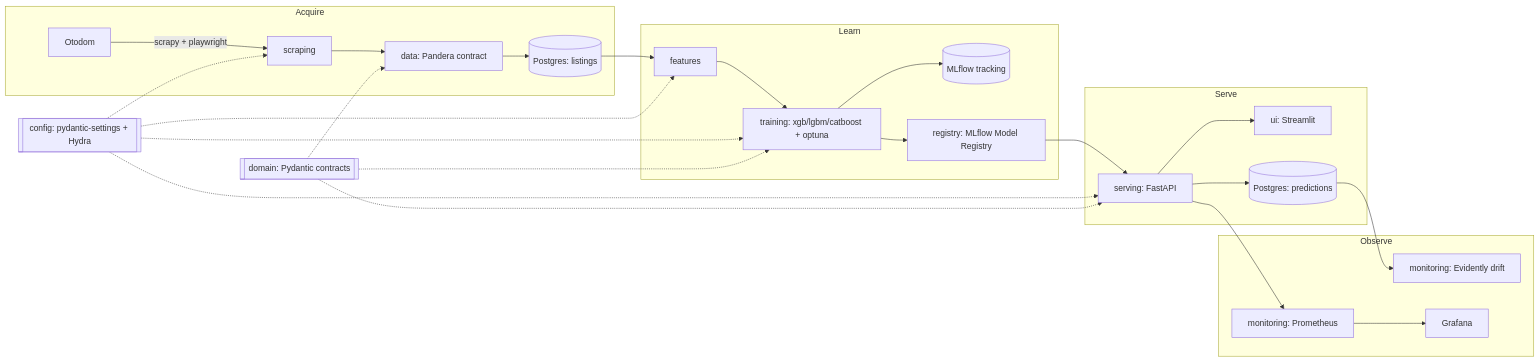
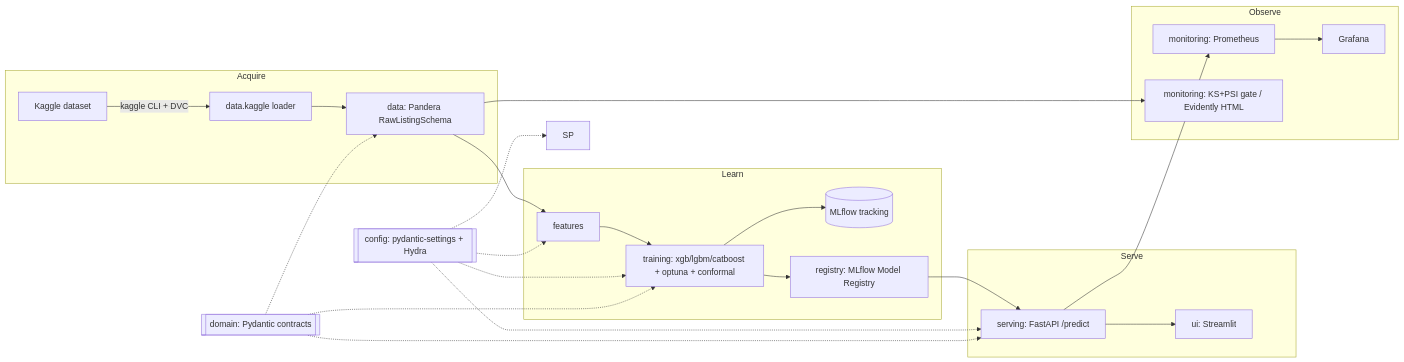
The diagram in README.md (UnuntriDev/Price-predictor), drawn with Mermaid before and after one commit. The commit also changed other lines of this file and 3 other files, not shown here.

First line of the commit message:
feat: train/drift from Kaggle loader; make data + README ethics

````diff
--- a/README.md
+++ b/README.md
@@ -21,27 +40,25 @@
 ```mermaid
 flowchart LR
     subgraph Acquire
-        OT[Otodom] -->|scrapy + playwright| SP[scraping]
-        SP --> VAL[data: Pandera contract]
-        VAL --> PG[(Postgres: listings)]
+        KG[Kaggle dataset] -->|kaggle CLI + DVC| LD[data.kaggle loader]
+        LD --> VAL[data: Pandera RawListingSchema]
     end
     subgraph Learn
-        PG --> FE[features]
-        FE --> TR[training: xgb/lgbm/catboost + optuna]
+        VAL --> FE[features]
+        FE --> TR[training: xgb/lgbm/catboost + optuna + conformal]
         TR --> ML[(MLflow tracking)]
         TR --> REG[registry: MLflow Model Registry]
     end
     subgraph Serve
-        REG --> API[serving: FastAPI]
+        REG --> API[serving: FastAPI /predict]
         API --> UI[ui: Streamlit]
-        API --> PRED[(Postgres: predictions)]
     end
     subgraph Observe
         API --> PROM[monitoring: Prometheus]
-        PRED --> EV[monitoring: Evidently drift]
+        VAL --> EV[monitoring: KS+PSI gate / Evidently HTML]
         PROM --> GRAF[Grafana]
     end
 
     CFG[[config: pydantic-settings + Hydra]] -.-> SP & FE & TR & API
     DOM[[domain: Pydantic contracts]] -.-> VAL & TR & API
 ```
````
